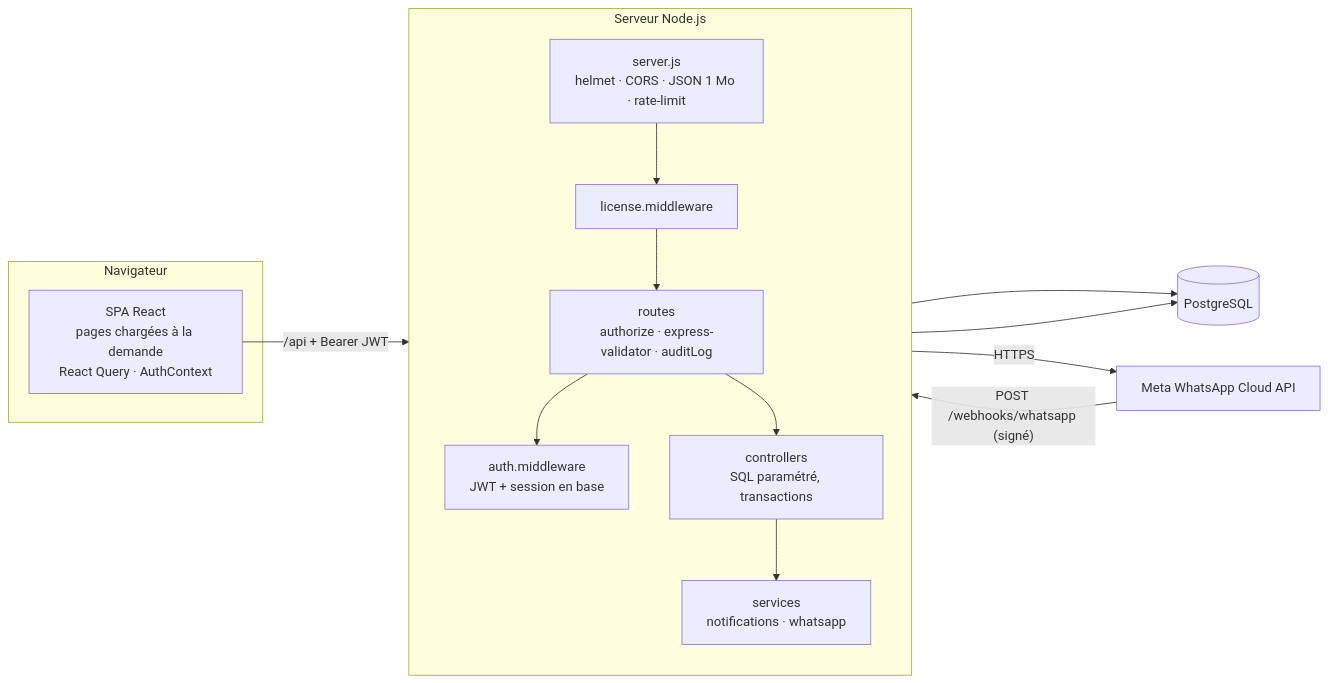
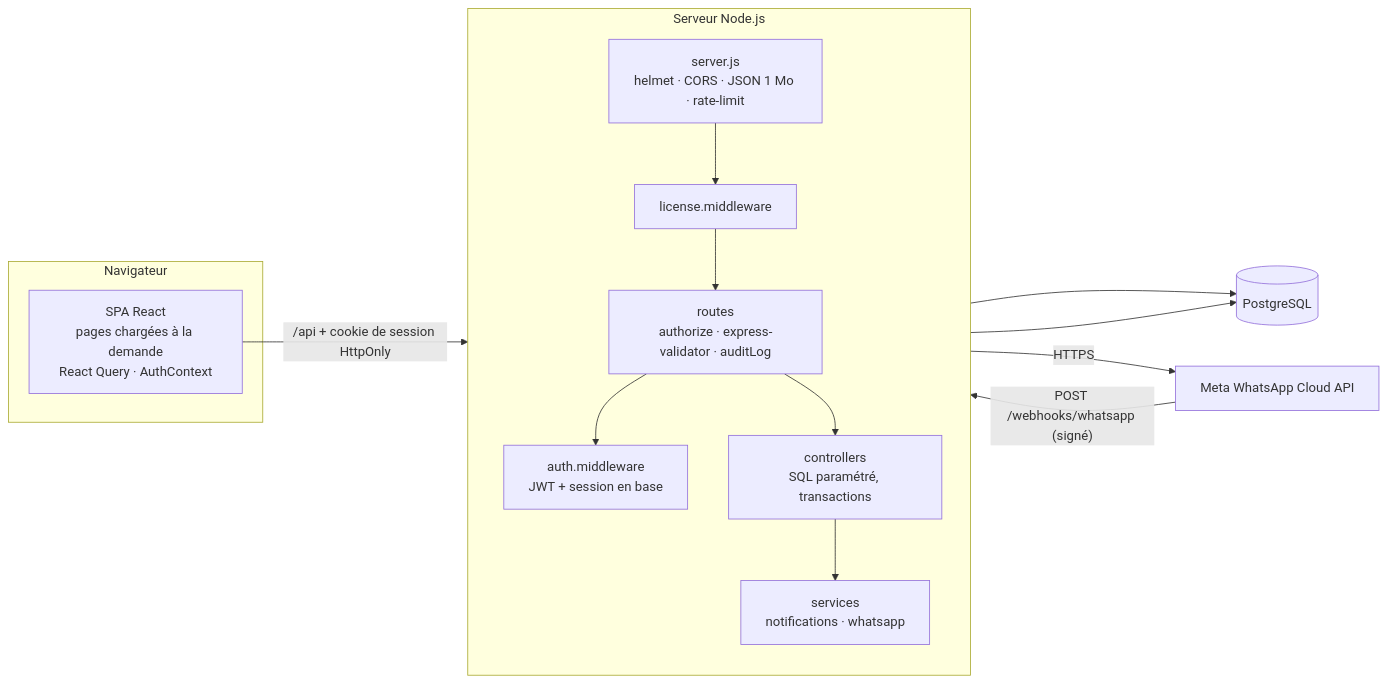
The first of 2 diagrams in docs/DOCUMENTATION_TECHNIQUE.md (sgnazere/syslog), drawn with Mermaid before and after one commit. The commit also changed other lines of this file and 25 other files, not shown here.

````diff
--- a/docs/DOCUMENTATION_TECHNIQUE.md
+++ b/docs/DOCUMENTATION_TECHNIQUE.md
@@ -47,25 +47,25 @@
 ```mermaid
 flowchart LR
     subgraph Navigateur
       SPA[SPA React<br/>pages chargées à la demande<br/>React Query · AuthContext]
     end
     subgraph "Serveur Node.js"
       direction TB
       S[server.js<br/>helmet · CORS · JSON 1 Mo · rate-limit]
       L[license.middleware]
       A[auth.middleware<br/>JWT + session en base]
       R[routes<br/>authorize · express-validator · auditLog]
       C[controllers<br/>SQL paramétré, transactions]
       N[services<br/>notifications · whatsapp]
       S --> L --> R
       R --> A
       R --> C --> N
     end
     DB[(PostgreSQL)]
     META[Meta WhatsApp Cloud API]
-    SPA -- "/api + Bearer JWT" --> S
+    SPA -- "/api + cookie de session HttpOnly" --> S
     C --> DB
     N --> DB
     N -- HTTPS --> META
     META -- "POST /webhooks/whatsapp (signé)" --> S
 ```
````
